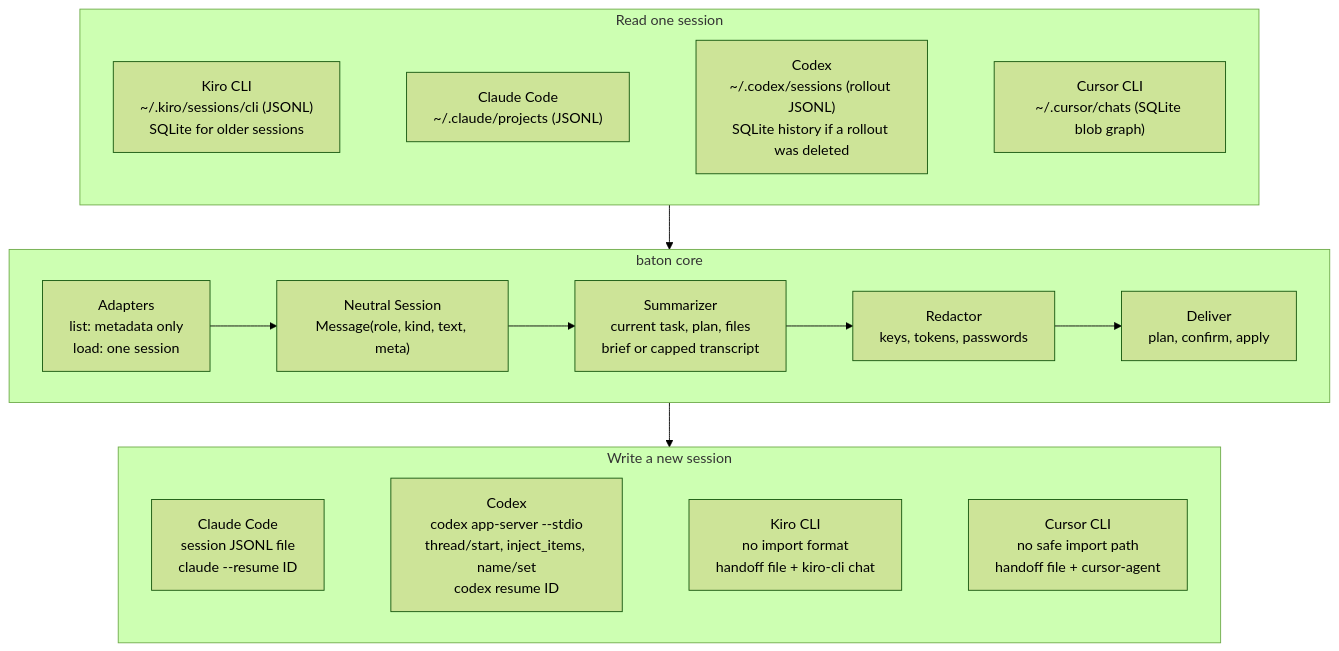
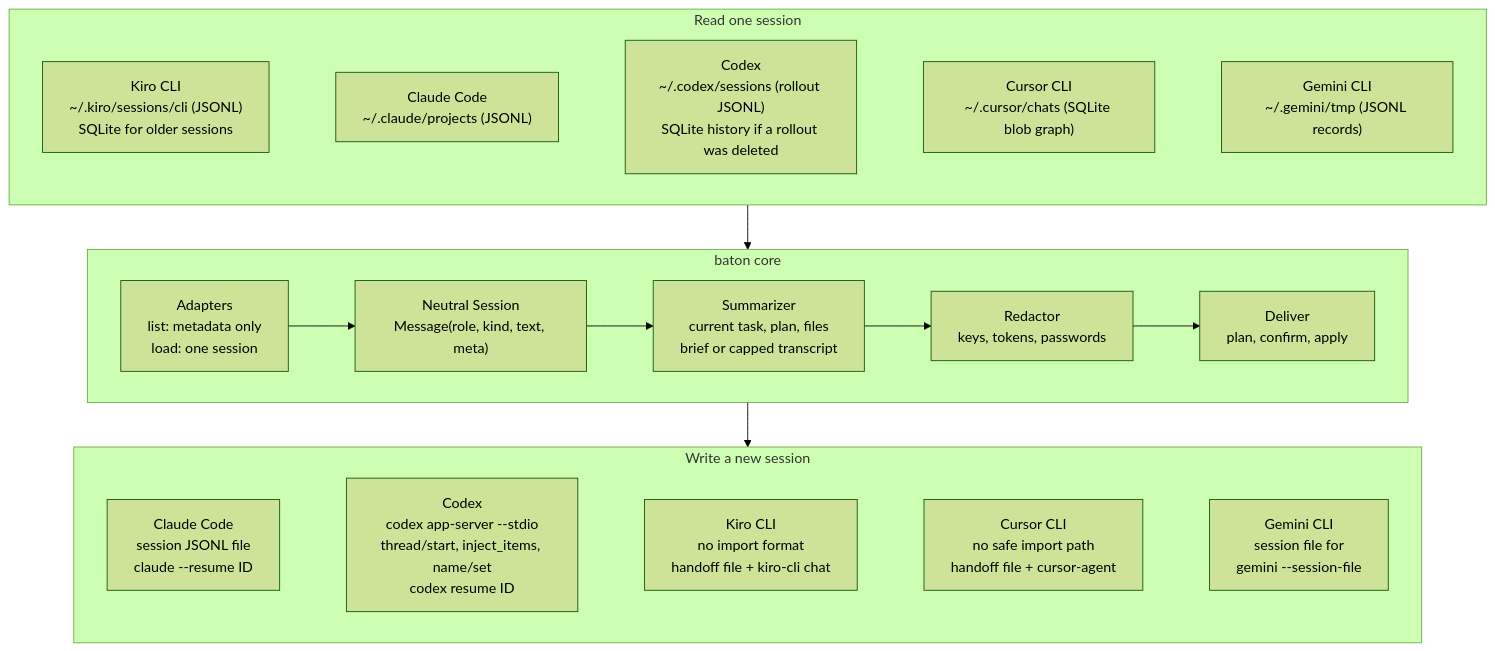
One commit to VpkPrasanna/agent-baton changed the first of 2 diagrams in README.md. Above: the diagram before and after it, drawn with Mermaid (forest theme). The commit also changed other lines of this file and 9 other files, not shown here.

First line of the commit message:
feat: Add Gemini CLI adapter for session management

````diff
--- a/README.md
+++ b/README.md
@@ -189,24 +191,26 @@
 ```mermaid
 flowchart TB
     subgraph SRC["Read one session"]
         direction LR
         K["Kiro CLI<br/>~/.kiro/sessions/cli (JSONL)<br/>SQLite for older sessions"]
         CU["Cursor CLI<br/>~/.cursor/chats (SQLite blob graph)"]
+        GE["Gemini CLI<br/>~/.gemini/tmp (JSONL records)"]
         C["Claude Code<br/>~/.claude/projects (JSONL)"]
         X["Codex<br/>~/.codex/sessions (rollout JSONL)<br/>SQLite history if a rollout was deleted"]
-        K ~~~ C ~~~ X ~~~ CU
+        K ~~~ C ~~~ X ~~~ CU ~~~ GE
     end
     subgraph CORE["baton core"]
         direction LR
         AD["Adapters<br/>list: metadata only<br/>load: one session"] --> M["Neutral Session<br/>Message(role, kind, text, meta)"] --> S["Summarizer<br/>current task, plan, files<br/>brief or capped transcript"] --> R["Redactor<br/>keys, tokens, passwords"] --> D["Deliver<br/>plan, confirm, apply"]
     end
     subgraph DST["Write a new session"]
         direction LR
         TC["Claude Code<br/>session JSONL file<br/>claude --resume ID"]
         TX["Codex<br/>codex app-server --stdio<br/>thread/start, inject_items, name/set<br/>codex resume ID"]
         TK["Kiro CLI<br/>no import format<br/>handoff file + kiro-cli chat"]
         TU["Cursor CLI<br/>no safe import path<br/>handoff file + cursor-agent"]
-        TC ~~~ TX ~~~ TK ~~~ TU
+        TG["Gemini CLI<br/>session file for<br/>gemini --session-file"]
+        TC ~~~ TX ~~~ TK ~~~ TU ~~~ TG
     end
     SRC --> CORE --> DST
 ```
````
